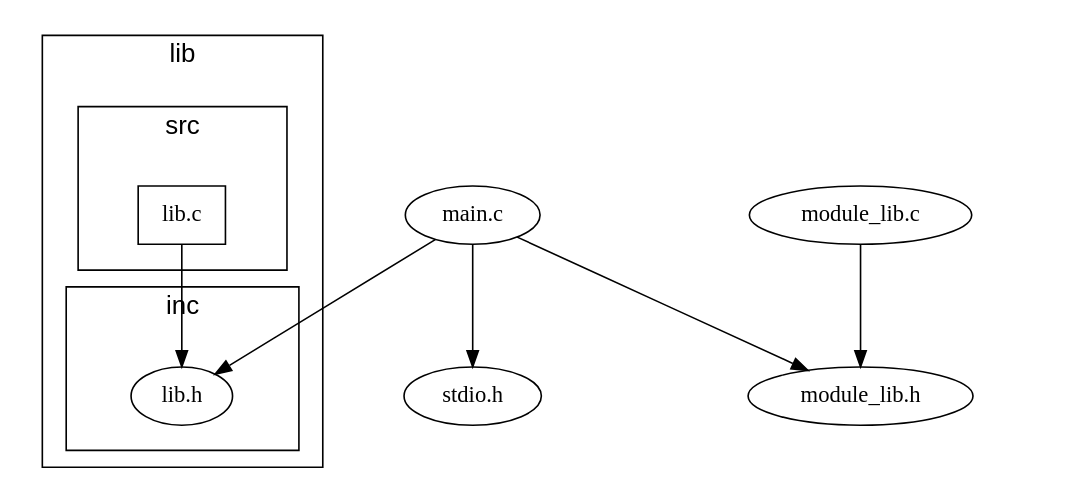
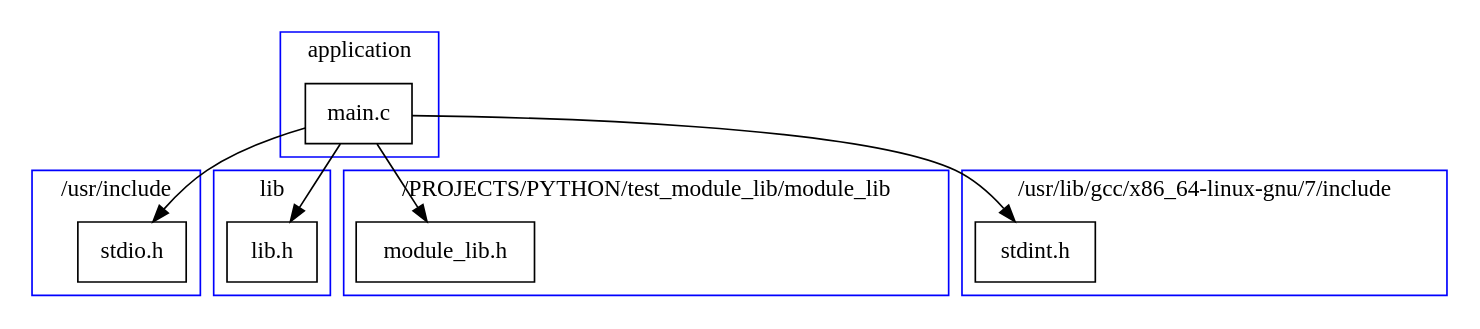
One commit to ericsonj/pymaketool_dev changed the diagram in test.dot. Above: the diagram before and after it, drawn with Graphviz.

Commit message:
wip generando archivo .dot

```diff
--- a/test.dot
+++ b/test.dot
@@ -1,28 +1,40 @@
-digraph "source tree" {
-    overlap=scale;
-    size="9,4";
-    ratio="fill";
-    fontsize="16";
-    fontname="Helvetica";
-	clusterrank="local";
+digraph module {
+    main_c -> stdio_h;
+    main_c -> lib_h;
+    main_c -> module_lib_h;
+    main_c -> stdint_h;
 
-	"lib.c" [shape=box];
 
-	subgraph cluster_0 {
-		subgraph cluster_01 {
-			label = "src"
-			"lib.c"
-		}
-		subgraph cluster_02 {
-			label = "inc"
-			"lib.h"
-		}
-		"lib.c" -> "lib.h";
-		label = "lib";
-	}
+    subgraph cluster_0 {
+        main_c;
+        label = "application";
+        color = blue;
+    }
+    subgraph cluster_1 {
+        stdio_h;
+        label = "/usr/include";
+        color = blue;
+    }
+    subgraph cluster_2 {
+        lib_h;
+        label = "lib";
+        color = blue;
+    }
+    subgraph cluster_3 {
+        module_lib_h;
+        label = "/PROJECTS/PYTHON/test_module_lib/module_lib";
+        color = blue;
+    }
+    subgraph cluster_4 {
+        stdint_h;
+        label = "/usr/lib/gcc/x86_64-linux-gnu/7/include";
+        color = blue;
+    }
 
-	"main.c" -> "stdio.h"
-	"main.c" -> "module_lib.h"
-	"main.c" -> "lib.h"
-	"module_lib.c" -> "module_lib.h"
+
+    main_c [shape=box label="main.c"];
+    stdio_h [shape=box label="stdio.h"];
+    lib_h [shape=box label="lib.h"];
+    module_lib_h [shape=box label="module_lib.h"];
+    stdint_h [shape=box label="stdint.h"];
 }
```
